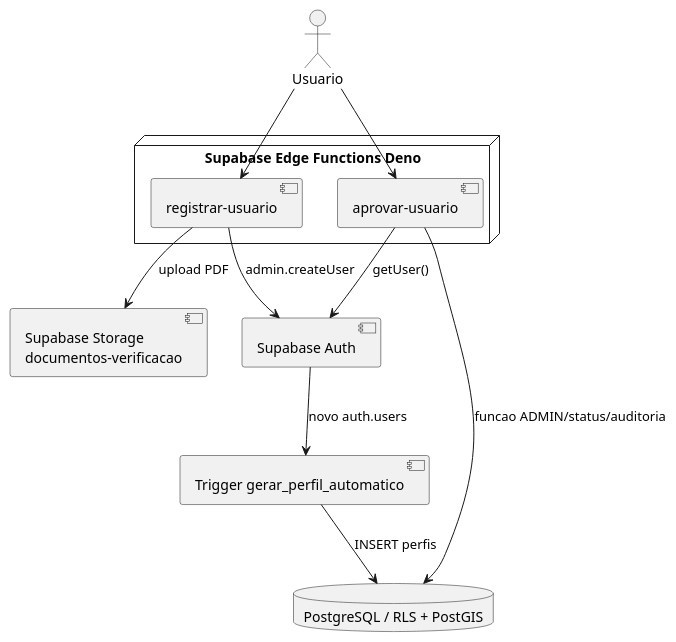
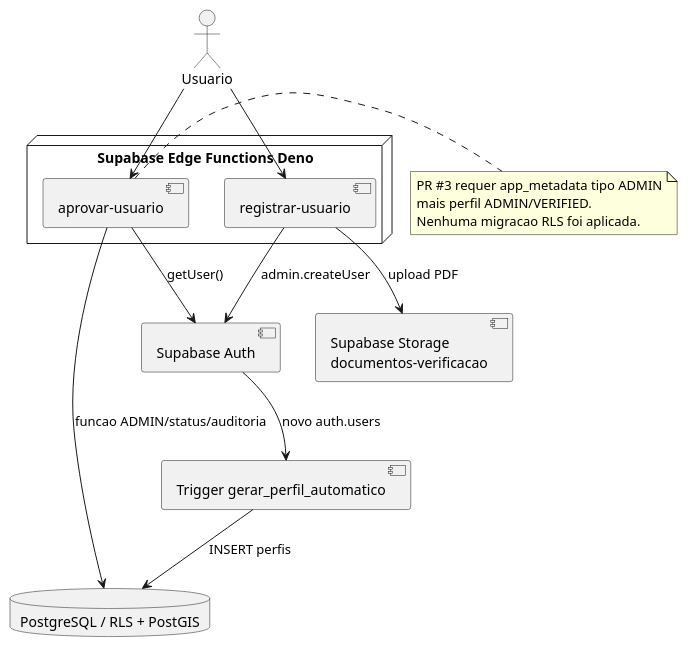
Before and after one commit to DanieldeAlmeida2024/FoodBridge-Core-Supabase: the diagram in docs/uml/01_componentes.puml, drawn with PlantUML. The commit also changed 7 other files, not shown here.

Commit message:
docs(supabase): version trusted-admin mitigation, RLS risks and test evidence

```diff
--- a/docs/uml/01_componentes.puml
+++ b/docs/uml/01_componentes.puml
@@ -1,19 +1,24 @@
 @startuml
 actor Usuario
 node "Supabase Edge Functions Deno" {
 component "registrar-usuario" as Register
 component "aprovar-usuario" as Approve
 }
 component "Supabase Auth" as Auth
 component "Supabase Storage\ndocumentos-verificacao" as Storage
 database "PostgreSQL / RLS + PostGIS" as DB
 component "Trigger gerar_perfil_automatico" as Trigger
 Usuario --> Register
 Usuario --> Approve
 Register --> Auth : admin.createUser
 Auth --> Trigger : novo auth.users
 Trigger --> DB : INSERT perfis
 Register --> Storage : upload PDF
 Approve --> Auth : getUser()
 Approve --> DB : funcao ADMIN/status/auditoria
+note right of Approve
+PR #3 requer app_metadata tipo ADMIN
+mais perfil ADMIN/VERIFIED.
+Nenhuma migracao RLS foi aplicada.
+end note
 @enduml
```
